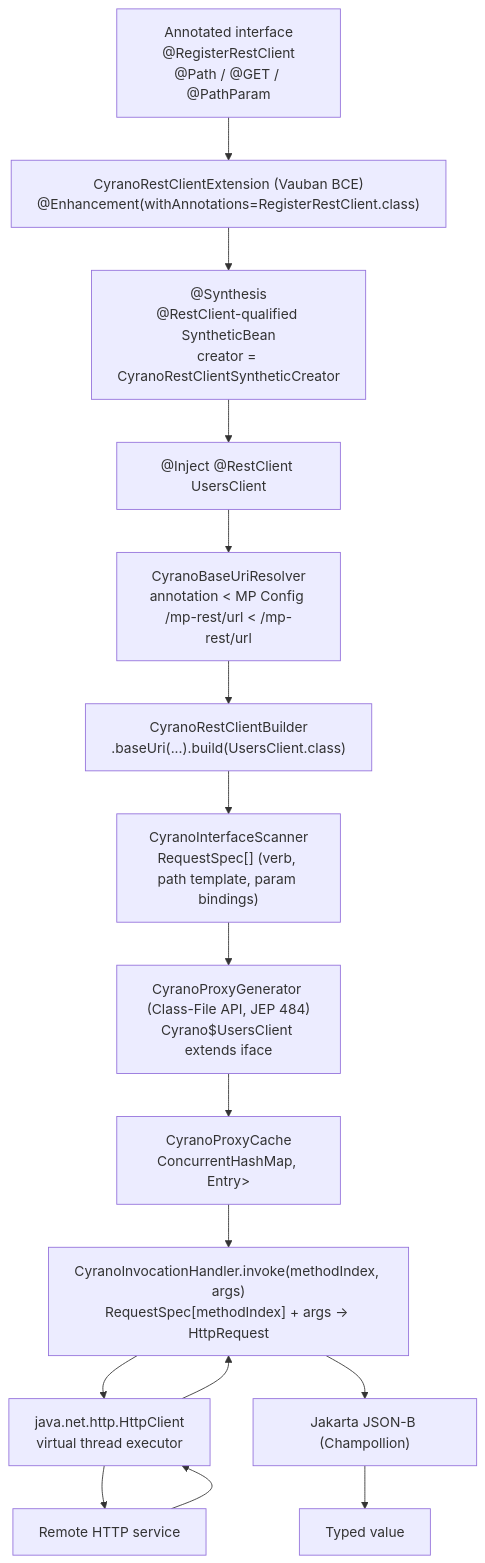
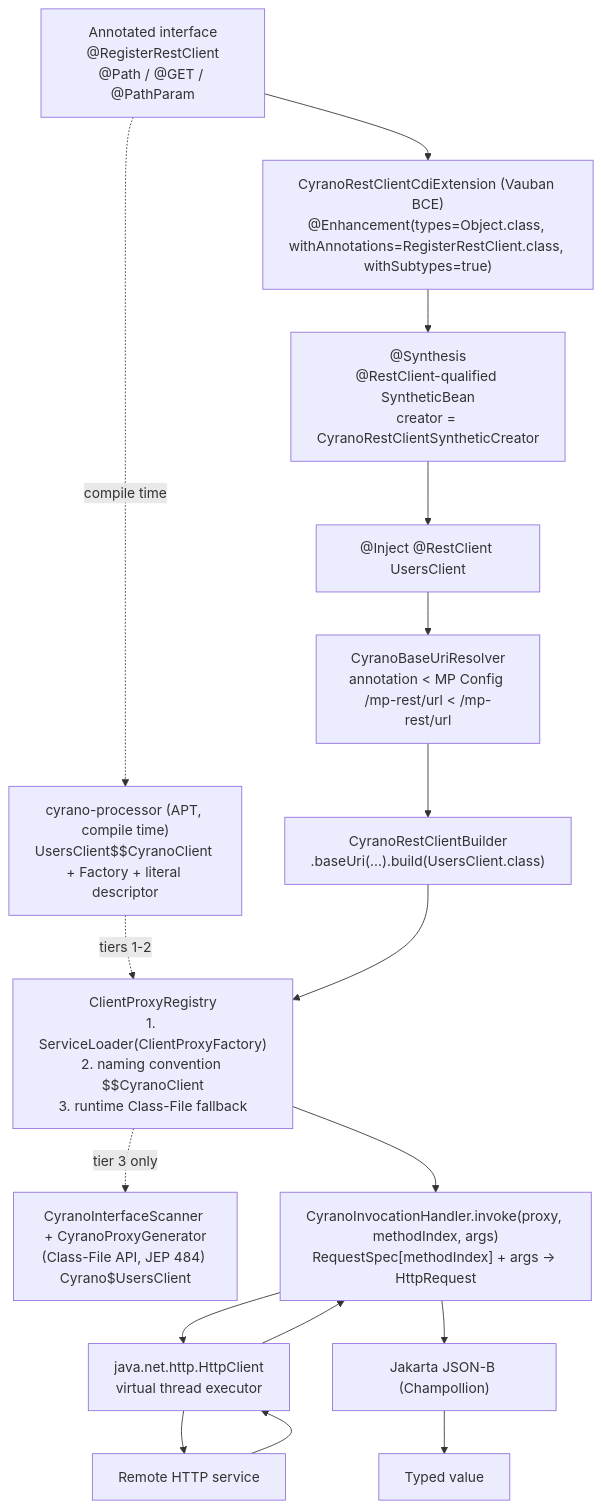
The diagram in docs/en/modules/ROOT/pages/internals.adoc (vidocq-stack/cyrano), drawn with Mermaid before and after one commit. The commit also changed other lines of this file and 7 other files, not shown here.

```diff
--- a/docs/en/modules/ROOT/pages/internals.adoc
+++ b/docs/en/modules/ROOT/pages/internals.adoc
@@ -9,34 +9,35 @@
 [mermaid]
 ....
 flowchart TD
+  APT["cyrano-processor (APT, compile time)<br/>UsersClient$$CyranoClient + Factory + literal descriptor"]
   Annotated["Annotated interface<br/>@RegisterRestClient<br/>@Path / @GET / @PathParam"]
-  BCE["CyranoRestClientExtension (Vauban BCE)<br/>@Enhancement(withAnnotations=RegisterRestClient.class)"]
+  BCE["CyranoRestClientCdiExtension (Vauban BCE)<br/>@Enhancement(types=Object.class, withAnnotations=RegisterRestClient.class, withSubtypes=true)"]
   Synth["@Synthesis<br/>@RestClient-qualified SyntheticBean<br/>creator = CyranoRestClientSyntheticCreator"]
   Inject["@Inject @RestClient UsersClient"]
   Resolver["CyranoBaseUriResolver<br/>annotation < MP Config <fqn>/mp-rest/url < <configKey>/mp-rest/url"]
   Builder["CyranoRestClientBuilder<br/>.baseUri(...).build(UsersClient.class)"]
-  Scanner["CyranoInterfaceScanner<br/>RequestSpec[] (verb, path template, param bindings)"]
-  Gen["CyranoProxyGenerator (Class-File API, JEP 484)<br/>Cyrano$UsersClient extends iface"]
-  Cache["CyranoProxyCache<br/>ConcurrentHashMap<Class<?>, Entry>"]
-  Handler["CyranoInvocationHandler.invoke(methodIndex, args)<br/>RequestSpec[methodIndex] + args -> HttpRequest"]
+  Registry["ClientProxyRegistry<br/>1. ServiceLoader(ClientProxyFactory)<br/>2. naming convention $$CyranoClient<br/>3. runtime Class-File fallback"]
+  Fallback["CyranoInterfaceScanner + CyranoProxyGenerator<br/>(Class-File API, JEP 484) Cyrano$UsersClient"]
+  Handler["CyranoInvocationHandler.invoke(proxy, methodIndex, args)<br/>RequestSpec[methodIndex] + args -> HttpRequest"]
   HttpC["java.net.http.HttpClient<br/>virtual thread executor"]
   Remote["Remote HTTP service"]
   JSONB["Jakarta JSON-B (Champollion)"]
   Result["Typed value"]
 
+  Annotated -.compile time.-> APT
+  APT -.tiers 1-2.-> Registry
   Annotated --> BCE
   BCE --> Synth
   Synth --> Inject
   Inject --> Resolver
   Resolver --> Builder
-  Builder --> Scanner
-  Scanner --> Gen
-  Gen --> Cache
-  Cache --> Handler
+  Builder --> Registry
+  Registry -.tier 3 only.-> Fallback
+  Registry --> Handler
   Handler --> HttpC
   HttpC --> Remote
   Remote --> HttpC
   HttpC --> Handler
   Handler --> JSONB
   JSONB --> Result
 ....
```
